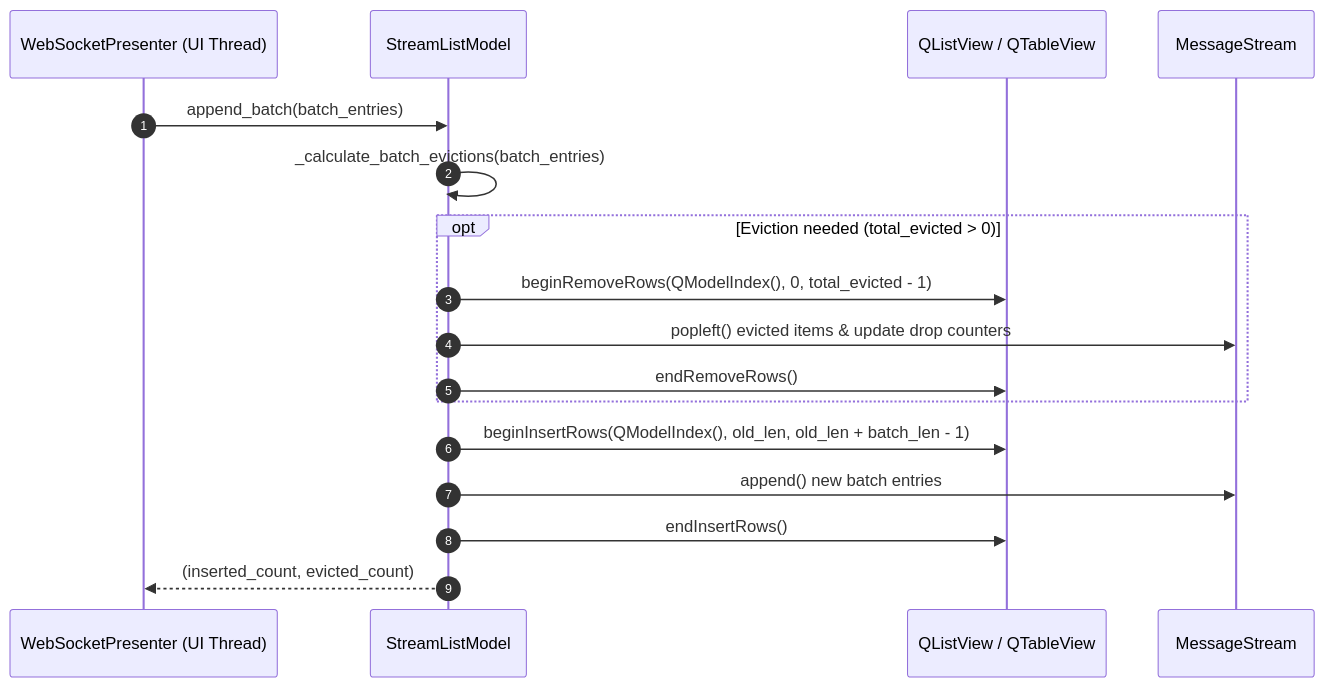
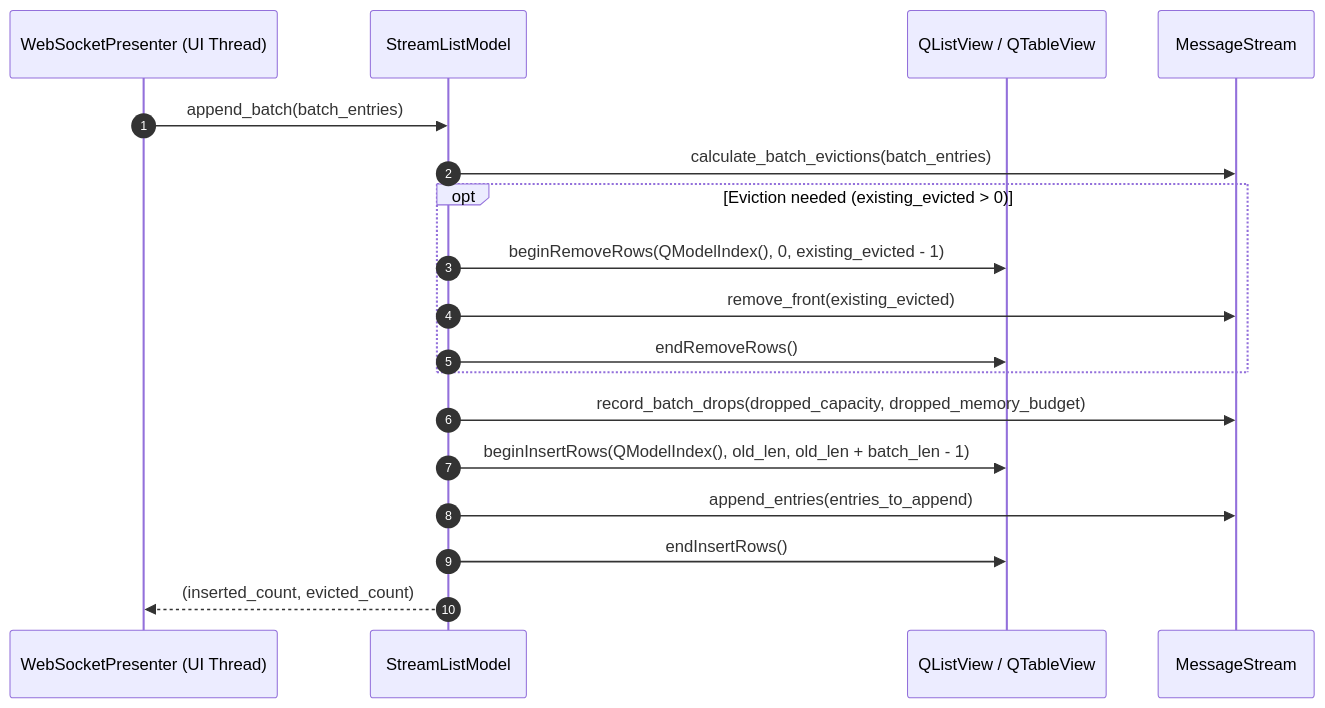
The fifth of 5 diagrams in doc/dev/websocket_message_stream.md (koctep/pypost), drawn with Mermaid before and after one commit. The commit also changed other lines of this file and 9 other files, not shown here.

First line of the commit message:
refactoring(websocket): PYPOST-1141 decouple batch eviction from StreamListModel

````diff
--- a/doc/dev/websocket_message_stream.md
+++ b/doc/dev/websocket_message_stream.md
@@ -319,23 +319,25 @@
 ```mermaid
 sequenceDiagram
     autonumber
     participant Presenter as WebSocketPresenter (UI Thread)
     participant Model as StreamListModel
     participant View as QListView / QTableView
     participant Ring as MessageStream
 
     Presenter->>Model: append_batch(batch_entries)
-    Model->>Model: _calculate_batch_evictions(batch_entries)
+    Model->>Ring: calculate_batch_evictions(batch_entries)
     
-    opt Eviction needed (total_evicted > 0)
-        Model->>View: beginRemoveRows(QModelIndex(), 0, total_evicted - 1)
-        Model->>Ring: popleft() evicted items & update drop counters
+    opt Eviction needed (existing_evicted > 0)
+        Model->>View: beginRemoveRows(QModelIndex(), 0, existing_evicted - 1)
+        Model->>Ring: remove_front(existing_evicted)
         Model->>View: endRemoveRows()
     end
 
+    Model->>Ring: record_batch_drops(dropped_capacity, dropped_memory_budget)
+
     Model->>View: beginInsertRows(QModelIndex(), old_len, old_len + batch_len - 1)
-    Model->>Ring: append() new batch entries
+    Model->>Ring: append_entries(entries_to_append)
     Model->>View: endInsertRows()
     
     Model-->>Presenter: (inserted_count, evicted_count)
 ```
````
